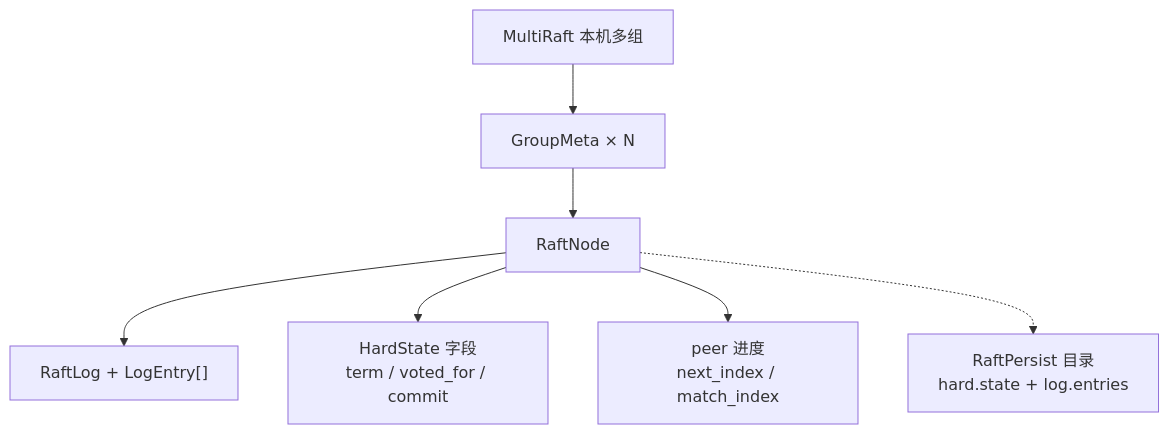
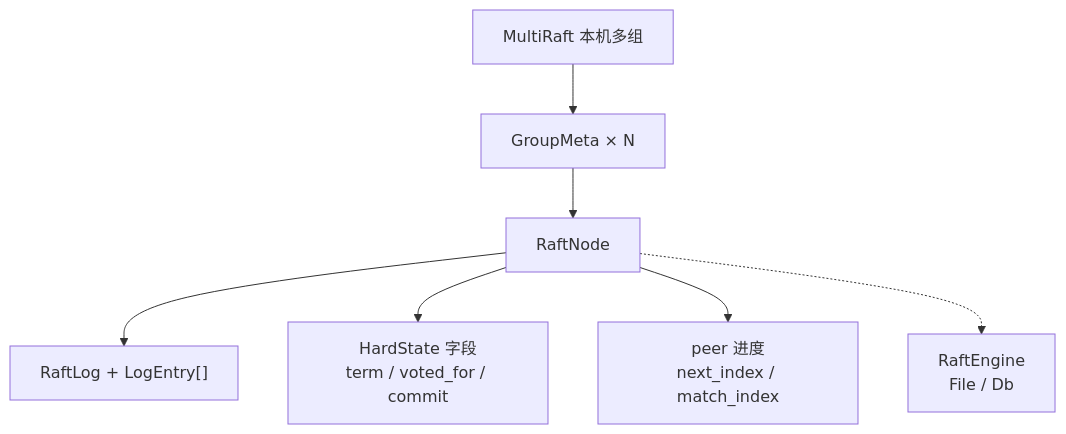
Before and after one commit to devotionalist/openkv: the fifth of 5 diagrams in docs/topology/RAFT_DATA_TOPOLOGY.md, drawn with Mermaid. The commit also changed 43 other files, not shown here.

First line of the commit message:
Split RaftNode into collaborators and drop unused RawNode/legacy persist.

````diff
--- a/docs/topology/RAFT_DATA_TOPOLOGY.md
+++ b/docs/topology/RAFT_DATA_TOPOLOGY.md
@@ -274,9 +274,9 @@
 ```mermaid
 flowchart TB
   MR["MultiRaft 本机多组"] --> GM["GroupMeta × N"]
   GM --> RN["RaftNode"]
   RN --> RL["RaftLog + LogEntry[]"]
   RN --> HS["HardState 字段<br/>term / voted_for / commit"]
   RN --> PI["peer 进度<br/>next_index / match_index"]
-  RN -.-> RP["RaftPersist 目录<br/>hard.state + log.entries"]
+  RN -.-> RP["RaftEngine<br/>File / Db"]
 ```
````
